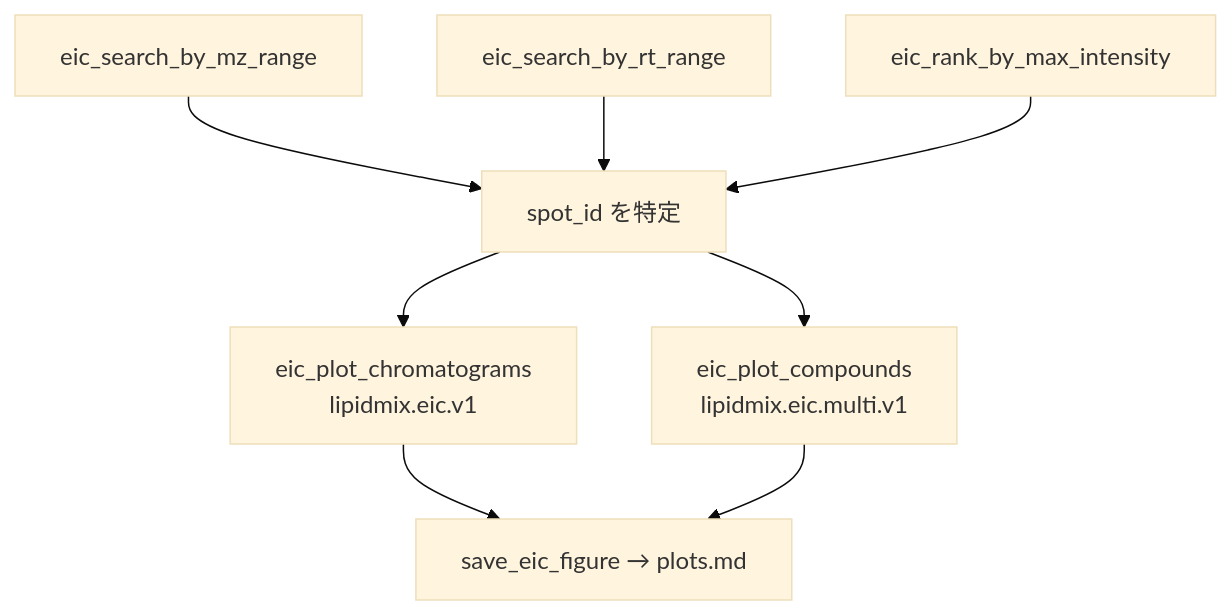
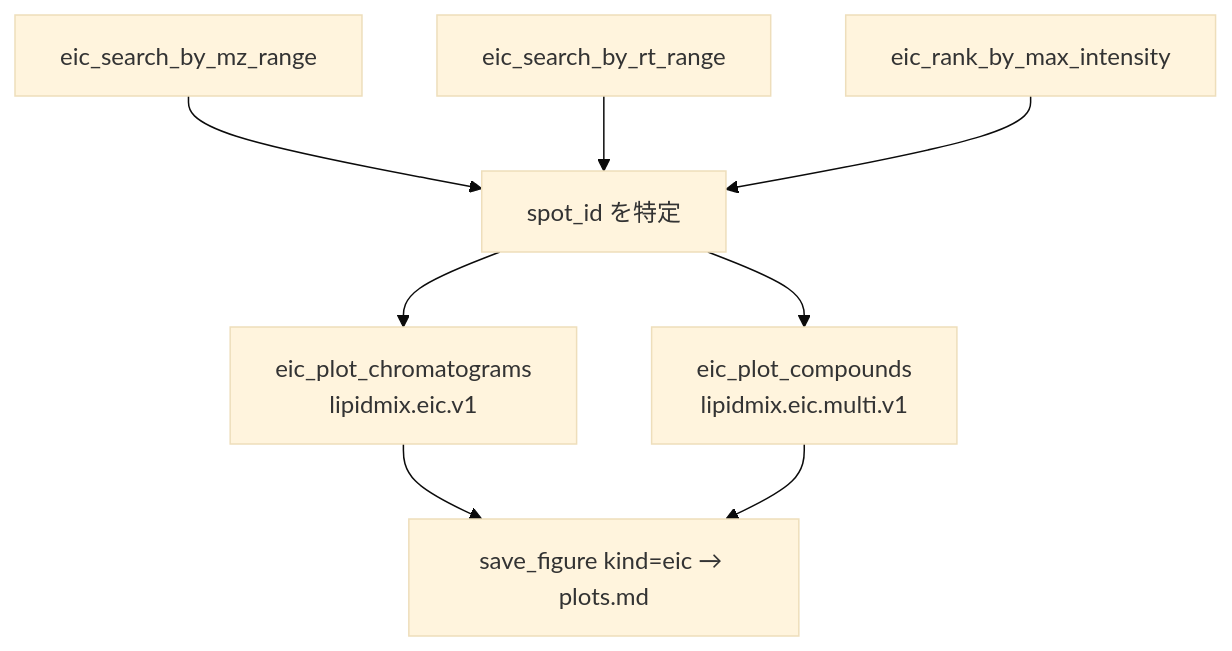
Before and after one commit to systemsomicslab/Metabolomix_with_LLM: the diagram in docs/workflow/eic.md, drawn with Mermaid (base theme). The commit also changed other lines of this file and 25 other files, not shown here.

Commit message:
feat(reports): 図の保存を save_figure に一本化し、旧 4 ツール（save_pca/volcano/eic/group_intensity_figure）を撤去

````diff
--- a/docs/workflow/eic.md
+++ b/docs/workflow/eic.md
@@ -9,10 +9,10 @@
 ```mermaid
 flowchart TD
     SM[eic_search_by_mz_range] --> SPOT[spot_id を特定]
     SR[eic_search_by_rt_range] --> SPOT
     RK[eic_rank_by_max_intensity] --> SPOT
     SPOT --> PC[eic_plot_chromatograms<br/>lipidmix.eic.v1]
     SPOT --> PM[eic_plot_compounds<br/>lipidmix.eic.multi.v1]
-    PC --> SAVE[save_eic_figure → plots.md]
+    PC --> SAVE[save_figure kind=eic → plots.md]
     PM --> SAVE
 ```
````
